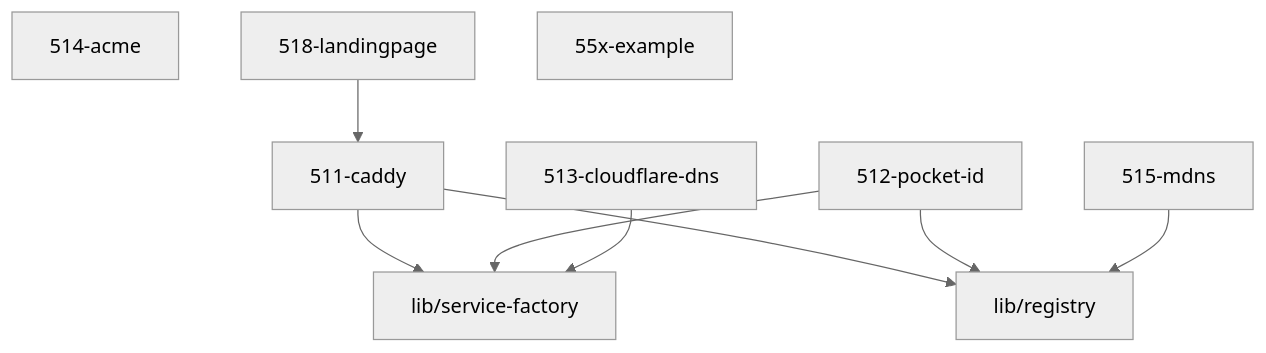
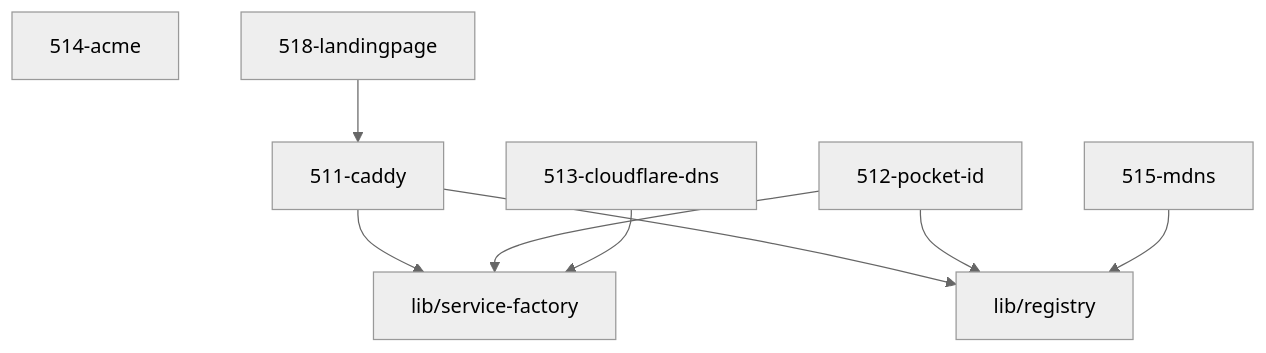
The diagram in 51-ingress/AGENTS.md (grapefruit89/mediNix-core), drawn with Mermaid (neutral theme) before and after one commit. The commit also changed other lines of this file and 21 other files, not shown here.

````diff
--- a/51-ingress/AGENTS.md
+++ b/51-ingress/AGENTS.md
@@ -56,12 +55,11 @@
 ```mermaid
 graph TD
   511_caddy["511-caddy"] --> service_factory["lib/service-factory"]
   511_caddy["511-caddy"] --> registry["lib/registry"]
   512_pocket_id["512-pocket-id"] --> service_factory["lib/service-factory"]
   512_pocket_id["512-pocket-id"] --> registry["lib/registry"]
   513_cloudflare_dns["513-cloudflare-dns"] --> service_factory["lib/service-factory"]
   514_acme["514-acme"]
   515_mdns["515-mdns"] --> registry["lib/registry"]
   518_landingpage["518-landingpage"] --> 511_caddy["511-caddy"]
-  55x_example["55x-example"]
 ```
````
